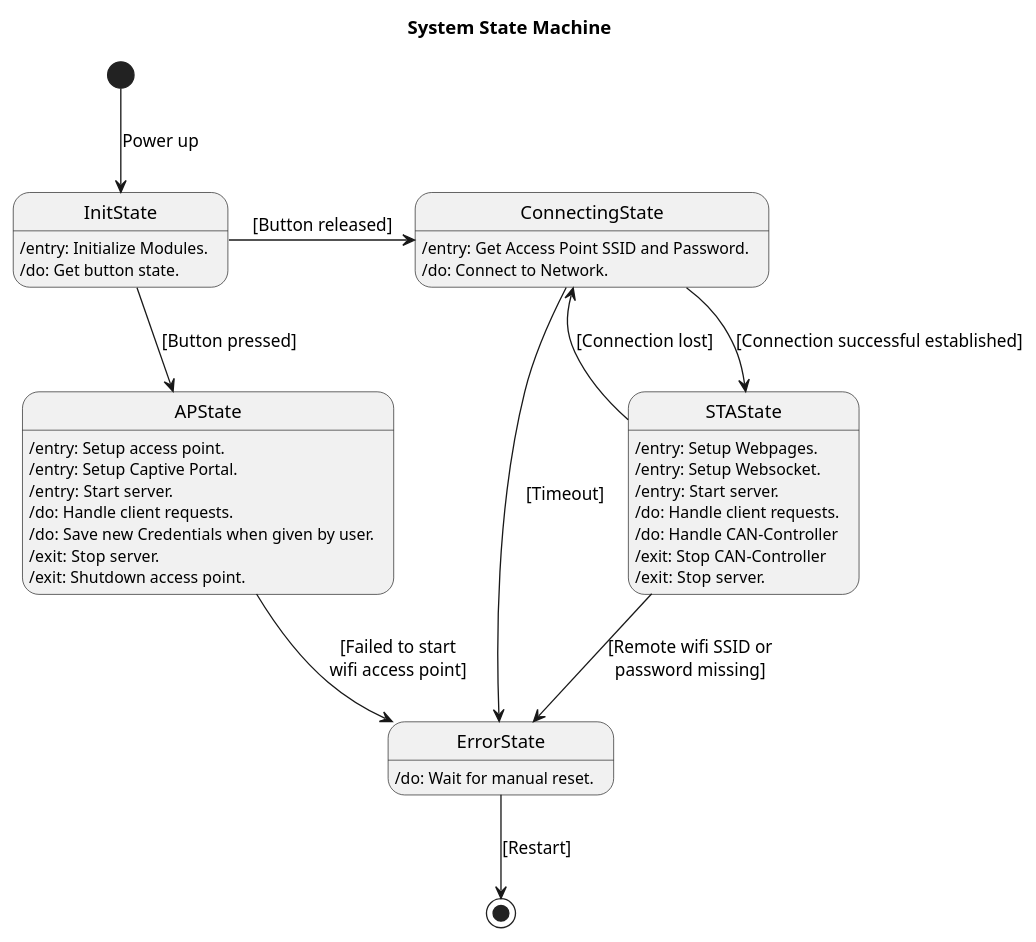
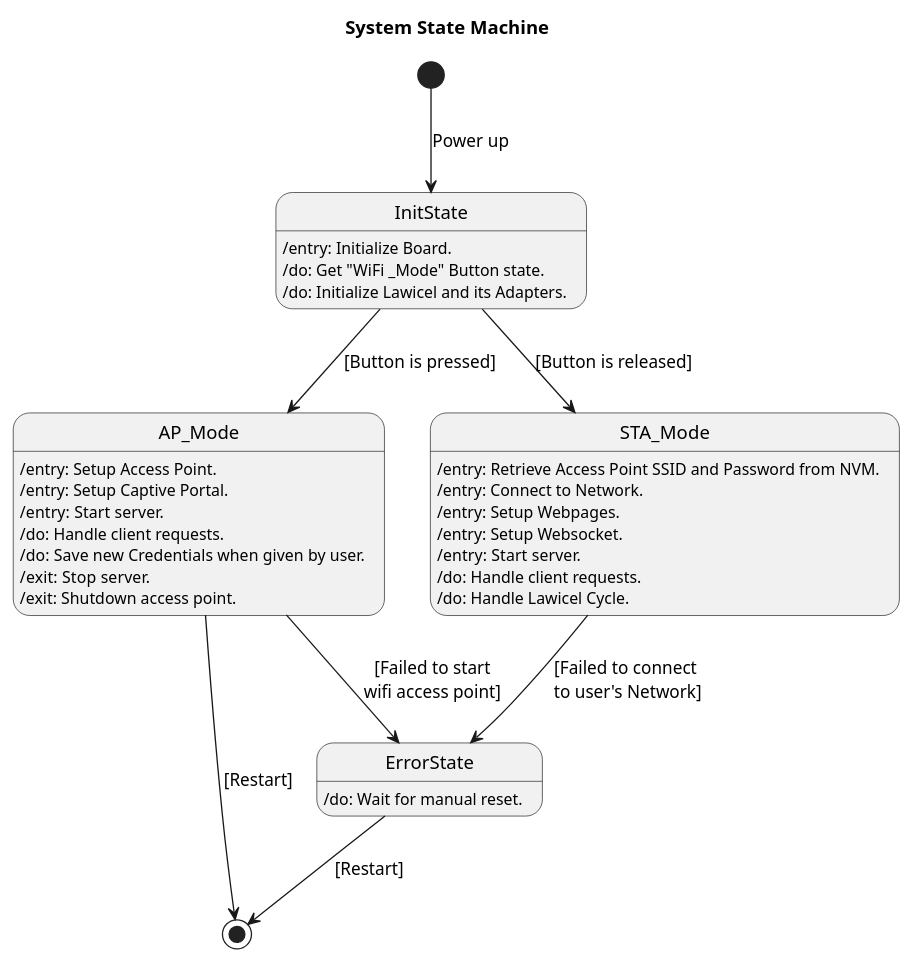
Before and after one commit to NewTec-GmbH/esp32-can-iot: the diagram in Coding/fw/doc/design/StateMachine.plantuml, drawn with PlantUML. The commit also changed 2 other files, not shown here.

Commit message:
Updated Main Application Docs and diagrams

```diff
--- a/Coding/fw/doc/design/StateMachine.plantuml
+++ b/Coding/fw/doc/design/StateMachine.plantuml
@@ -1,39 +1,35 @@
 @startuml
 
 title System State Machine
 
-InitState: /entry: Initialize Modules.
-InitState: /do: Get button state.
+InitState: /entry: Initialize Board.
+InitState: /do: Get "WiFi _Mode" Button state.
+InitState: /do: Initialize Lawicel and its Adapters.
 
-APState: /entry: Setup access point.
-APState: /entry: Setup Captive Portal.
-APState: /entry: Start server.
-APState: /do: Handle client requests.
-APState: /do: Save new Credentials when given by user.
-APState: /exit: Stop server.
-APState: /exit: Shutdown access point.
+AP_Mode: /entry: Setup Access Point.
+AP_Mode: /entry: Setup Captive Portal.
+AP_Mode: /entry: Start server.
+AP_Mode: /do: Handle client requests.
+AP_Mode: /do: Save new Credentials when given by user.
+AP_Mode: /exit: Stop server.
+AP_Mode: /exit: Shutdown access point.
 
-ConnectingState: /entry: Get Access Point SSID and Password.
-ConnectingState: /do: Connect to Network.
-
-STAState: /entry: Setup Webpages.
-STAState: /entry: Setup Websocket.
-STAState: /entry: Start server.
-STAState: /do: Handle client requests.
-STAState: /do: Handle CAN-Controller
-STAState: /exit: Stop CAN-Controller
-STAState: /exit: Stop server.
+STA_Mode: /entry: Retrieve Access Point SSID and Password from NVM.
+STA_Mode: /entry: Connect to Network.
+STA_Mode: /entry: Setup Webpages.
+STA_Mode: /entry: Setup Websocket.
+STA_Mode: /entry: Start server.
+STA_Mode: /do: Handle client requests.
+STA_Mode: /do: Handle Lawicel Cycle.
 
 ErrorState: /do: Wait for manual reset.
 
 
 [*] --> InitState: Power up
-InitState --> APState: [Button pressed]
-InitState -> ConnectingState: [Button released]
-APState --> ErrorState: [Failed to start\nwifi access point]
-STAState --> ErrorState: [Remote wifi SSID or\npassword missing]
-ConnectingState --> STAState: [Connection successful established]
-STAState --> ConnectingState: [Connection lost]
-ConnectingState --> ErrorState : [Timeout]
+InitState --> AP_Mode: [Button is pressed]
+InitState --> STA_Mode: [Button is released]
+AP_Mode --> ErrorState: [Failed to start\nwifi access point]
+STA_Mode --> ErrorState: [Failed to connect \nto user's Network]
 ErrorState --> [*]: [Restart]
+AP_Mode --> [*]: [Restart]
 @enduml
```
